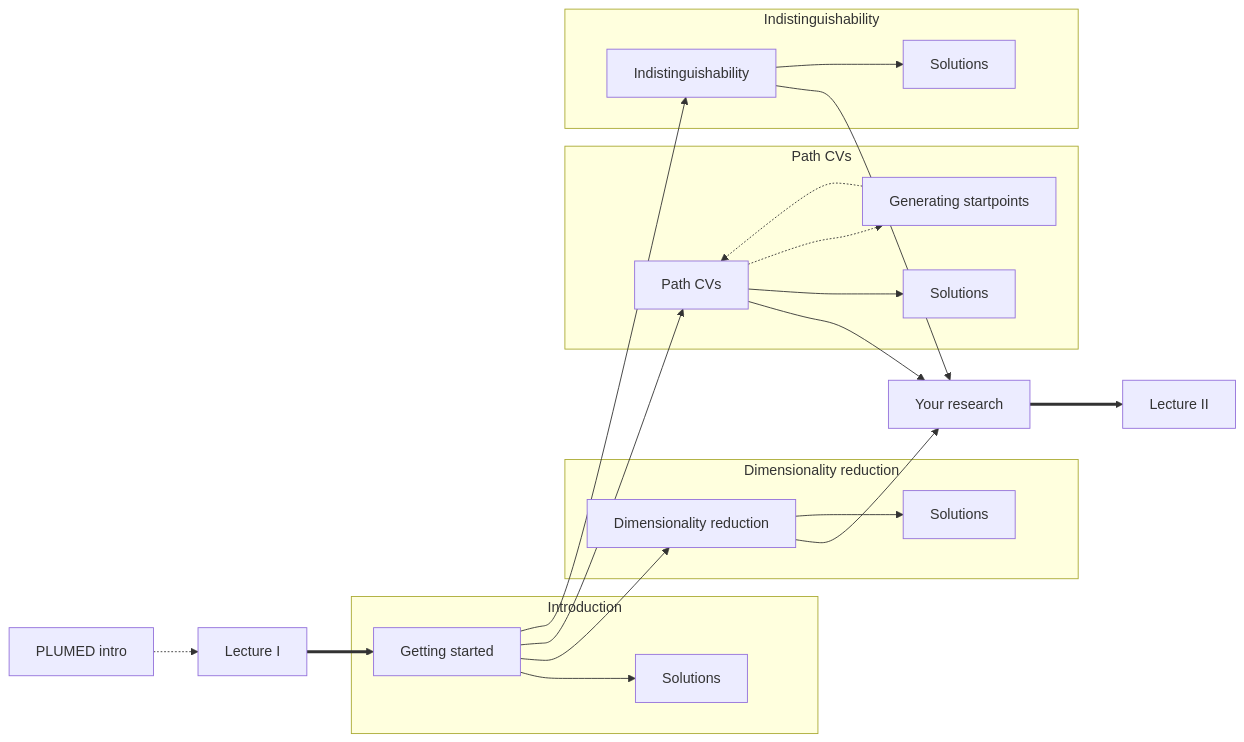
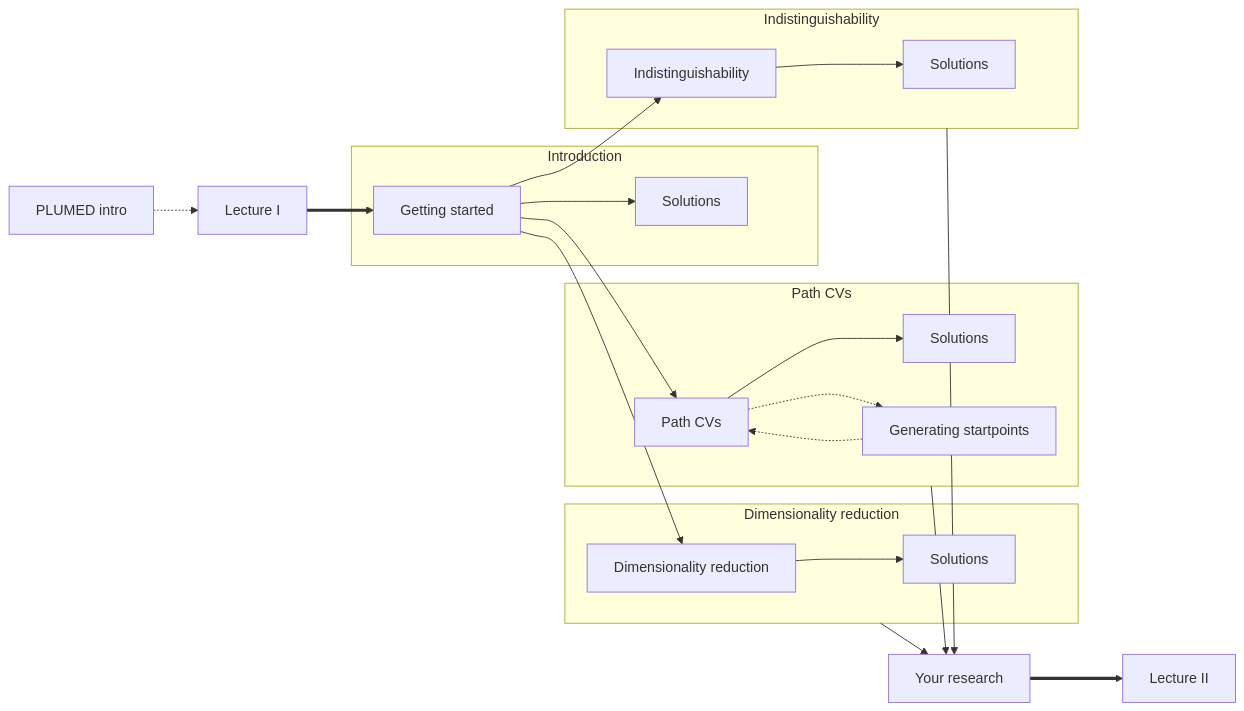
Before and after one commit to plumed/masterclass-21-6: the diagram in NAVIGATION.md, drawn with Mermaid.

````diff
--- a/NAVIGATION.md
+++ b/NAVIGATION.md
@@ -13,39 +13,39 @@
 ```mermaid
 flowchart LR;
   A[PLUMED intro] -.-> B[Lecture I] 
   B ==> C[Getting started]
   subgraph one [Introduction]
   C --> D[Solutions]
   end
   C --> E[Dimensionality reduction]
   C --> F[Path CVs]
   C --> G[Indistinguishability]
-  E --> H[Your research] 
-  F --> H
-  G --> H
   H ==> I[Lecture II]
   subgraph two [Dimensionality reduction]
   E --> J[Solutions]
   end
   subgraph three [Path CVs]
   F --> K[Solutions]
   F -.-> M[Generating startpoints]
   M -.-> F
   end
   subgraph four [Indistinguishability]
   G --> L[Solutions]
   end
+  two --> H[Your research] 
+  three --> H
+  four --> H
   click A "ref1" "This elementary lesson shows you how to install PLUMED and some basic and more advanced syntax. You will only need to complete up to exercise 1 of this earlier lesson to complete these exercises on dimensionality reduction"
   click B "video1" "A lecture that was given on April 12th 2021 as part of the plumed masterclass series that introduces you to the exercises in this lesson"
   click C "INSTRUCTIONS1.md" "Installation instructions followed by a discussion of how to run PLUMED from python direction and how to use chemiscope to visualize trajectories"
   click D "notebooks/plumed-and-python-exercises-1-and-2.ipynb" "This python notebook contains a full set of solutions for the exercises that show how you can call PLUMED from a jupyter notebook"
   click E "DIMENSIONALITY.md" "An introduction to running various different types of dimensionality reduction algorithms on trajectories"
   click F "PATHS.md" "An introduction to path collective variables and the isocommittor"
   click G "INDISTINGUISHABILITY.md" "An introduction to methods for dealing with systems of indistinguishable particles"
   click H "WRAPUP.md" "Some advice on using the methods discussed in this tutorial in your own research"
   click I "video2" "A lecture that was given on April 19th 2021 as part of the plumed masterclass series that goes through the solutions to the exercises in the lesson"
   click J "notebooks/dimensionality-reduction-exercise-3.ipynb" "This python notebook contains a full set of solutions for the exercises on dimensionality reduction techniques"
   click K "notebooks/path-cvs-exercise-4.ipynb" "This python notebook contains a full set of solutions for the exercises on path collective variables"
   click L "notebooks/indistinguishability-ex-5.ipynb" "This python notebook contains a full set of solutions for the exercises on dealing with systems of indistiguishable particles"
   click M "notebooks/create_startpoints.ipynb" "This python notebook shows how I generated a series of random startpoints for the isocommittor simulations that were used in the exercise on path CVs"
 ```
````
